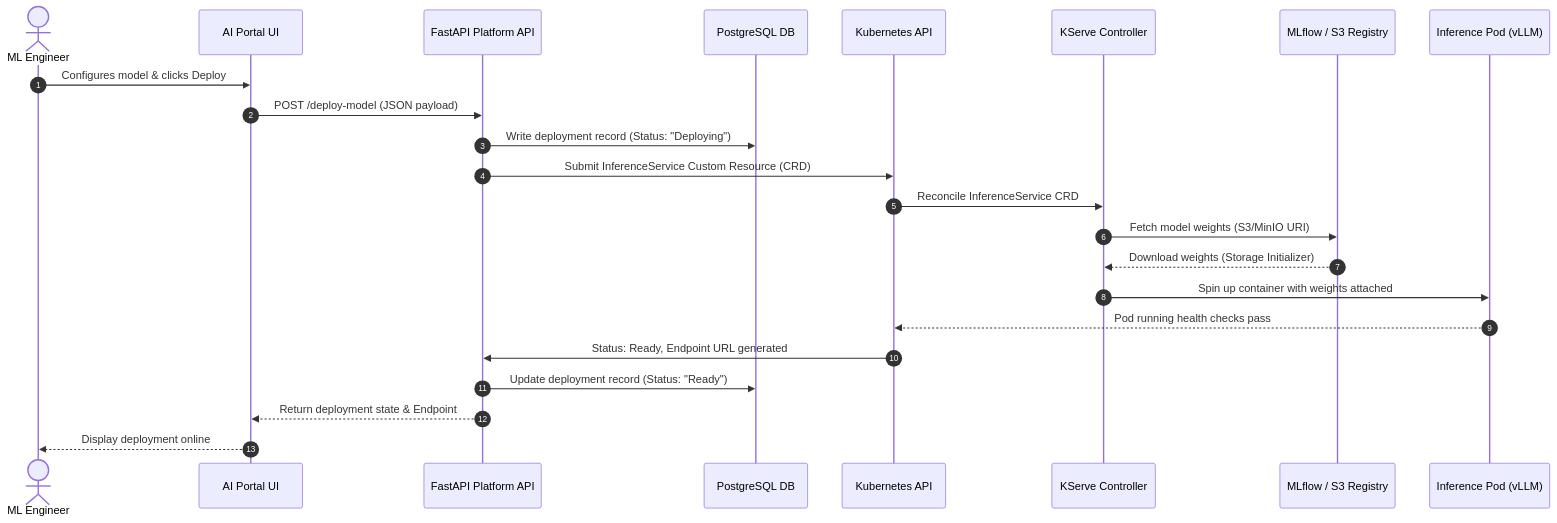
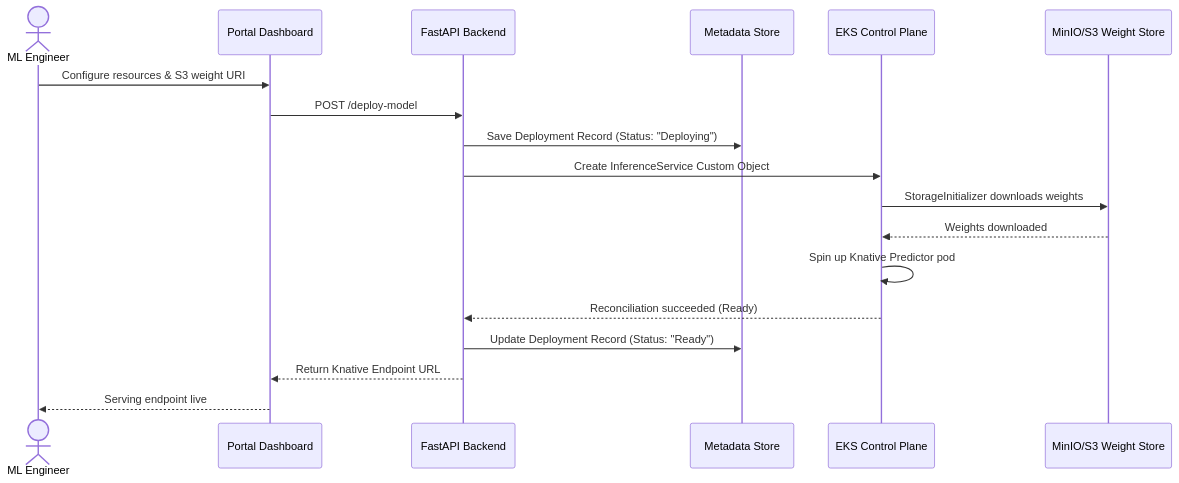
The third of 3 diagrams in docs/HLD.md (bittush8789/kubernetes-ai-infrastructure-platform), drawn with Mermaid before and after one commit. The commit also changed other lines of this file and 11 other files, not shown here.

````diff
--- a/docs/HLD.md
+++ b/docs/HLD.md
@@ -86,26 +62,21 @@
 ```mermaid
 sequenceDiagram
-    autonumber
-    actor User as ML Engineer
-    participant Portal as AI Portal UI
-    participant API as FastAPI Platform API
-    participant DB as PostgreSQL DB
-    participant K8s as Kubernetes API
-    participant KS as KServe Controller
-    participant Registry as MLflow / S3 Registry
-    participant Model as Inference Pod (vLLM)
+    actor Engineer as ML Engineer
+    participant UI as Portal Dashboard
+    participant API as FastAPI Backend
+    participant DB as Metadata Store
+    participant EKS as EKS Control Plane
+    participant Storage as MinIO/S3 Weight Store
 
-    User->>Portal: Configures model & clicks Deploy
-    Portal->>API: POST /deploy-model (JSON payload)
-    API->>DB: Write deployment record (Status: "Deploying")
-    API->>K8s: Submit InferenceService Custom Resource (CRD)
-    K8s->>KS: Reconcile InferenceService CRD
-    KS->>Registry: Fetch model weights (S3/MinIO URI)
-    Registry-->>KS: Download weights (Storage Initializer)
-    KS->>Model: Spin up container with weights attached
-    Model-->>K8s: Pod running health checks pass
-    K8s->>API: Status: Ready, Endpoint URL generated
-    API->>DB: Update deployment record (Status: "Ready")
-    API-->>Portal: Return deployment state & Endpoint
-    Portal-->>User: Display deployment online
+    Engineer->>UI: Configure resources & S3 weight URI
+    UI->>API: POST /deploy-model
+    API->>DB: Save Deployment Record (Status: "Deploying")
+    API->>EKS: Create InferenceService Custom Object
+    EKS->>Storage: StorageInitializer downloads weights
+    Storage-->>EKS: Weights downloaded
+    EKS->>EKS: Spin up Knative Predictor pod
+    EKS-->>API: Reconciliation succeeded (Ready)
+    API->>DB: Update Deployment Record (Status: "Ready")
+    API-->>UI: Return Knative Endpoint URL
+    UI-->>Engineer: Serving endpoint live
 ```
````
